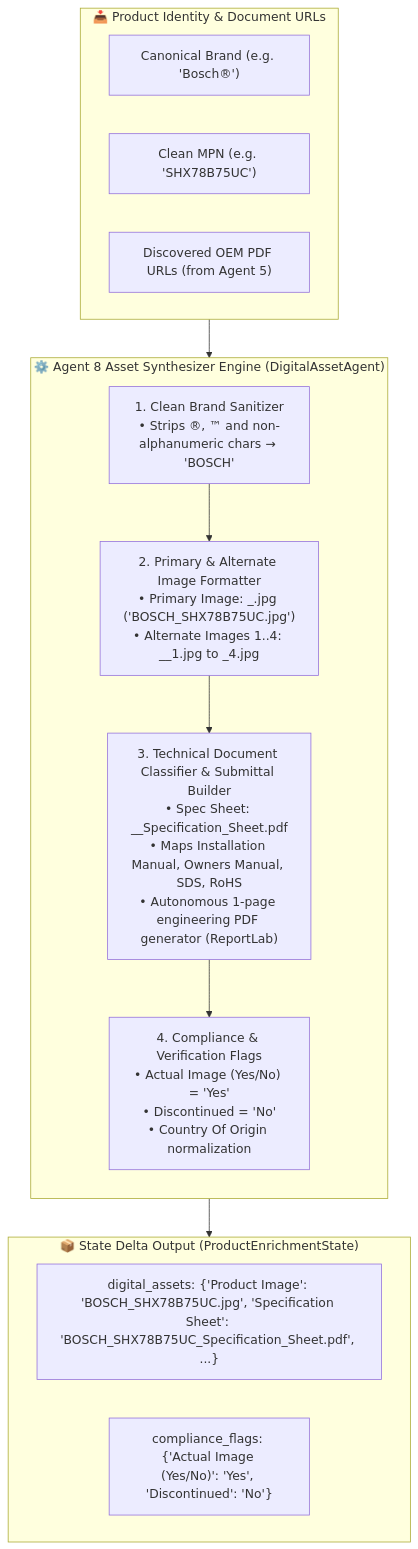
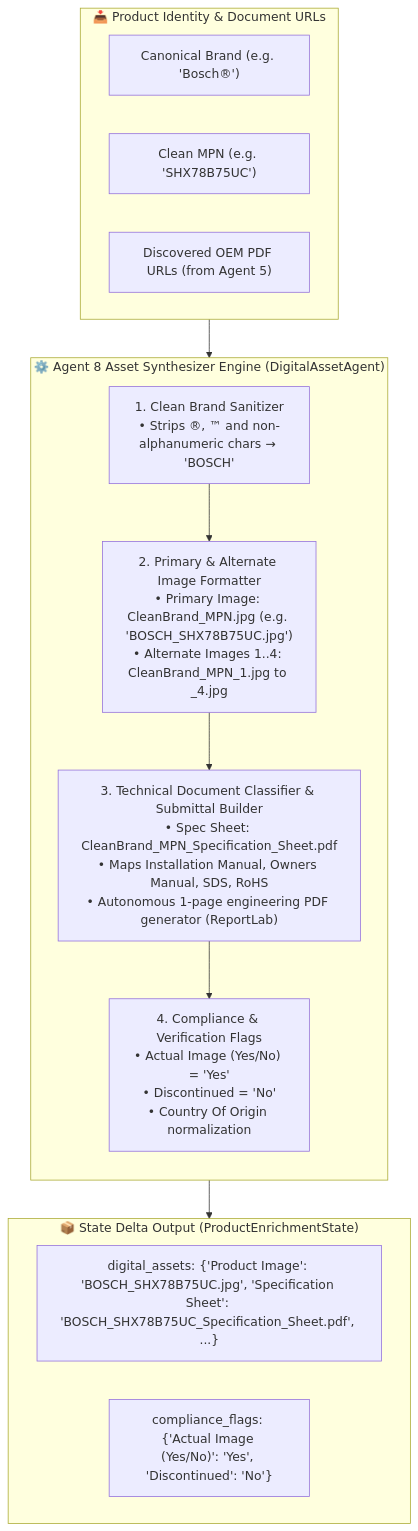
One commit to SharadJhanwar/OmniSpec changed the diagram in Solution/agents/README_Agent_8_Digital_Asset_Synthesizer.md. Above: the diagram before and after it, drawn with Mermaid. The commit also changed 3 other files, not shown here.

Commit message:
fix(docs): resolve Mermaid syntax and unescaped quote formatting in agent blueprints

````diff
--- a/Solution/agents/README_Agent_8_Digital_Asset_Synthesizer.md
+++ b/Solution/agents/README_Agent_8_Digital_Asset_Synthesizer.md
@@ -8,26 +8,26 @@
 ```mermaid
 flowchart TD
     subgraph ASSET_INPUT ["📥 Product Identity & Document URLs"]
         A2_BRAND["Canonical Brand (e.g. 'Bosch®')"]
         A1_MPN["Clean MPN (e.g. 'SHX78B75UC')"]
         A5_PDF["Discovered OEM PDF URLs (from Agent 5)"]
     end
 
     subgraph AGENT_8_CORE ["⚙️ Agent 8 Asset Synthesizer Engine (DigitalAssetAgent)"]
         direction TB
         STEP1["1. Clean Brand Sanitizer<br/>• Strips ®, ™ and non-alphanumeric chars → 'BOSCH'"]
-        STEP2["2. Primary & Alternate Image Formatter<br/>• Primary Image: <CleanBrand>_<MPN>.jpg ('BOSCH_SHX78B75UC.jpg')<br/>• Alternate Images 1..4: <CleanBrand>_<MPN>_1.jpg to _4.jpg"]
-        STEP3["3. Technical Document Classifier & Submittal Builder<br/>• Spec Sheet: <CleanBrand>_<MPN>_Specification_Sheet.pdf<br/>• Maps Installation Manual, Owners Manual, SDS, RoHS<br/>• Autonomous 1-page engineering PDF generator (ReportLab)"]
+        STEP2["2. Primary & Alternate Image Formatter<br/>• Primary Image: CleanBrand_MPN.jpg (e.g. 'BOSCH_SHX78B75UC.jpg')<br/>• Alternate Images 1..4: CleanBrand_MPN_1.jpg to _4.jpg"]
+        STEP3["3. Technical Document Classifier & Submittal Builder<br/>• Spec Sheet: CleanBrand_MPN_Specification_Sheet.pdf<br/>• Maps Installation Manual, Owners Manual, SDS, RoHS<br/>• Autonomous 1-page engineering PDF generator (ReportLab)"]
         STEP4["4. Compliance & Verification Flags<br/>• Actual Image (Yes/No) = 'Yes'<br/>• Discontinued = 'No'<br/>• Country Of Origin normalization"]
         
         STEP1 --> STEP2 --> STEP3 --> STEP4
     end
 
     subgraph ASSET_OUTPUT ["📦 State Delta Output (ProductEnrichmentState)"]
         ASSETS["digital_assets: {'Product Image': 'BOSCH_SHX78B75UC.jpg', 'Specification Sheet': 'BOSCH_SHX78B75UC_Specification_Sheet.pdf', ...}"]
         FLAGS["compliance_flags: {'Actual Image (Yes/No)': 'Yes', 'Discontinued': 'No'}"]
     end
 
     ASSET_INPUT --> STEP1
     STEP4 --> ASSET_OUTPUT
 ```
````
